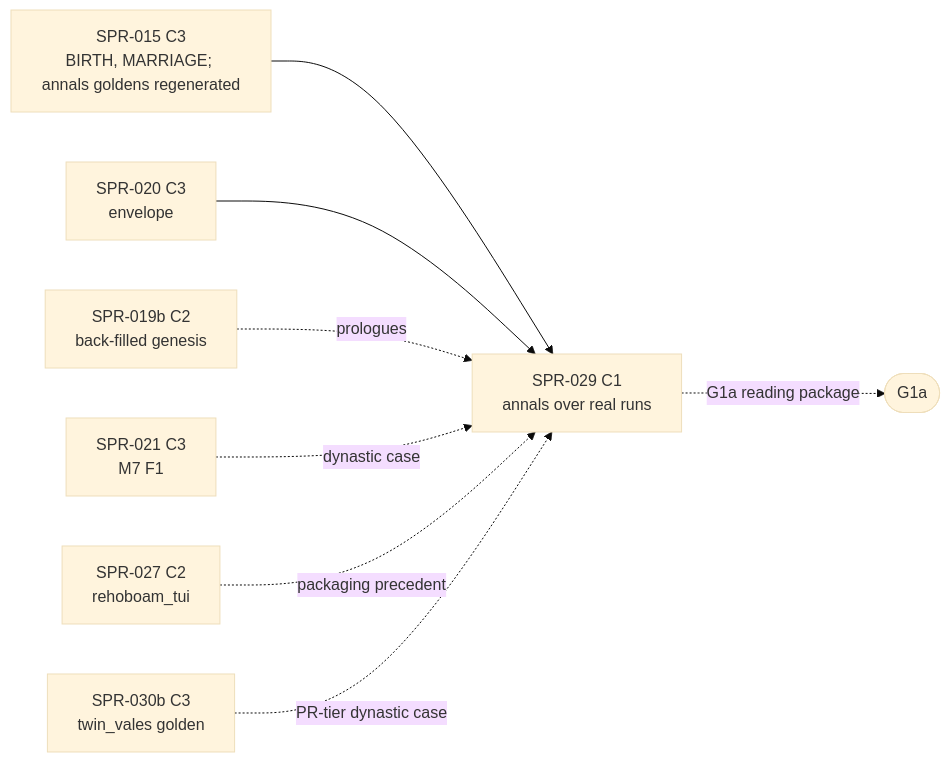
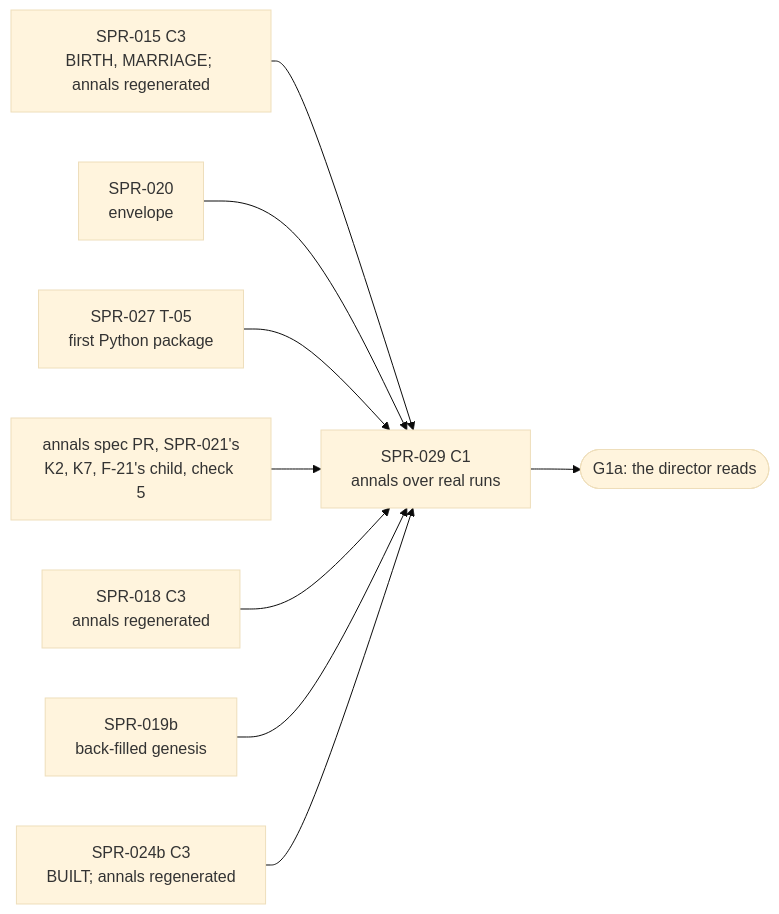
Before and after one commit to BigRigVibeCoder/Rehoboam: the diagram in CODEX/05_PROJECT/SPR-029_FamilyAnnals.md, drawn with Mermaid (base theme). The commit also changed other lines of this file and 6 other files, not shown here.

````diff
--- a/CODEX/05_PROJECT/SPR-029_FamilyAnnals.md
+++ b/CODEX/05_PROJECT/SPR-029_FamilyAnnals.md
@@ -176,10 +195,11 @@
 ```mermaid
 flowchart LR
-  S015[SPR-015 C3<br/>BIRTH, MARRIAGE; annals goldens regenerated] --> S029[SPR-029 C1<br/>annals over real runs]
-  S020[SPR-020 C3<br/>envelope] --> S029
-  S019b[SPR-019b C2<br/>back-filled genesis] -.prologues.-> S029
-  S021[SPR-021 C3<br/>M7 F1] -.dynastic case.-> S029
-  S027[SPR-027 C2<br/>rehoboam_tui] -.packaging precedent.-> S029
-  S029 -.G1a reading package.-> G1a([G1a])
-  S030b[SPR-030b C3<br/>twin_vales golden] -.PR-tier dynastic case.-> S029
+  S015[SPR-015 C3<br/>BIRTH, MARRIAGE; annals regenerated] --> S029[SPR-029 C1<br/>annals over real runs]
+  S020[SPR-020<br/>envelope] --> S029
+  S027[SPR-027 T-05<br/>first Python package] --> S029
+  ASP[annals spec PR, SPR-021's<br/>K2, K7, F-21's child, check 5] --> S029
+  S018[SPR-018 C3<br/>annals regenerated] --> S029
+  S019b[SPR-019b<br/>back-filled genesis] --> S029
+  S024b[SPR-024b C3<br/>BUILT; annals regenerated] --> S029
+  S029 --> G1a([G1a: the director reads])
 ```
````
